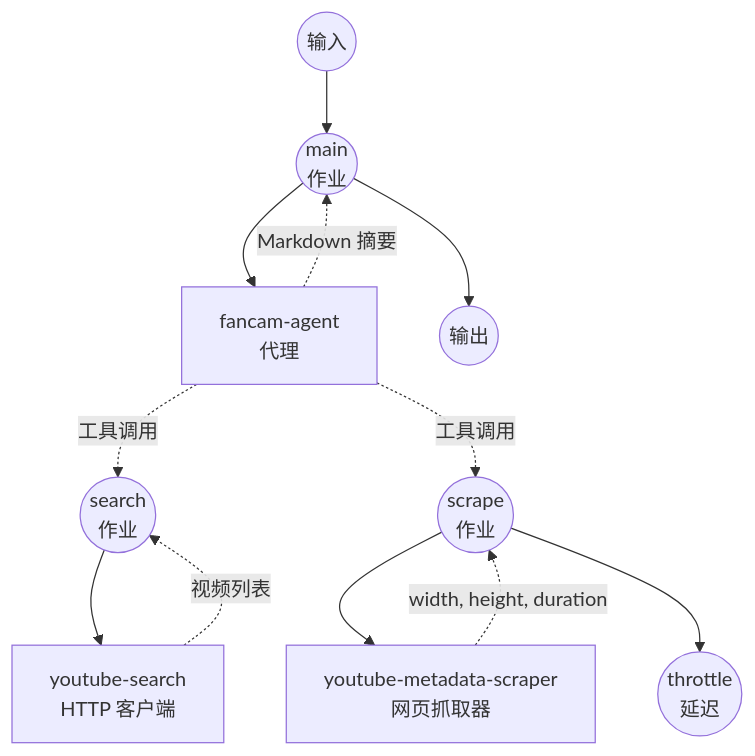
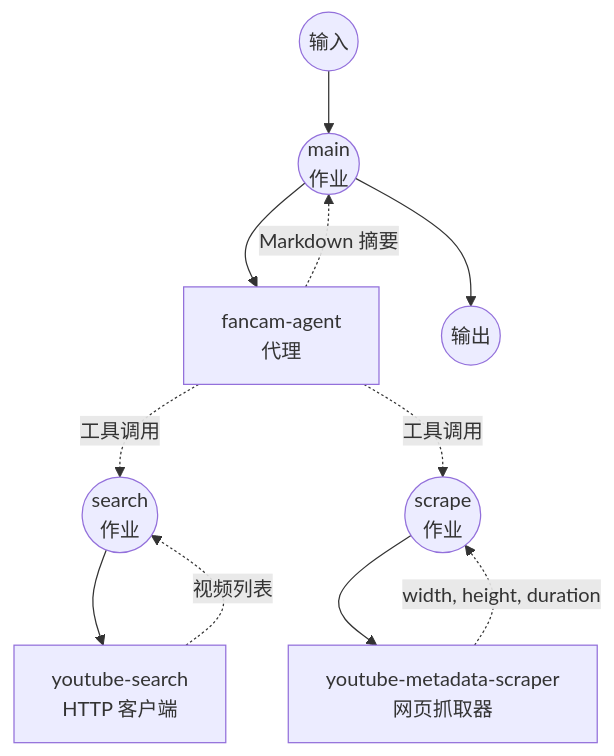
One commit to hanyeol/model-compose changed the diagram in examples/agents/kpop-fancam-collector/README.zh-cn.md. Above: the diagram before and after it, drawn with Mermaid. The commit also changed other lines of this file and 3 other files, not shown here.

````diff
--- a/examples/agents/kpop-fancam-collector/README.zh-cn.md
+++ b/examples/agents/kpop-fancam-collector/README.zh-cn.md
@@ -143,30 +143,28 @@
 ```mermaid
 graph TD
     %% Jobs (circles)
     JM((main<br/>作业))
     JS((search<br/>作业))
     JD((scrape<br/>作业))
-    JT((throttle<br/>延迟))
 
     %% Components (rectangles)
     CA[fancam-agent<br/>代理]
     CS[youtube-search<br/>HTTP 客户端]
     CD[youtube-metadata-scraper<br/>网页抓取器]
 
     %% main workflow
     Input((输入)) --> JM
     JM --> CA
     CA -.-> |Markdown 摘要| JM
     JM --> Output((输出))
 
     %% search-fancams (代理工具)
     CA -.-> |工具调用| JS
     JS --> CS
     CS -.-> |视频列表| JS
 
     %% get-video-metadata (代理工具)
     CA -.-> |工具调用| JD
     JD --> CD
     CD -.-> |width, height, duration| JD
-    JD --> JT
 ```
````
